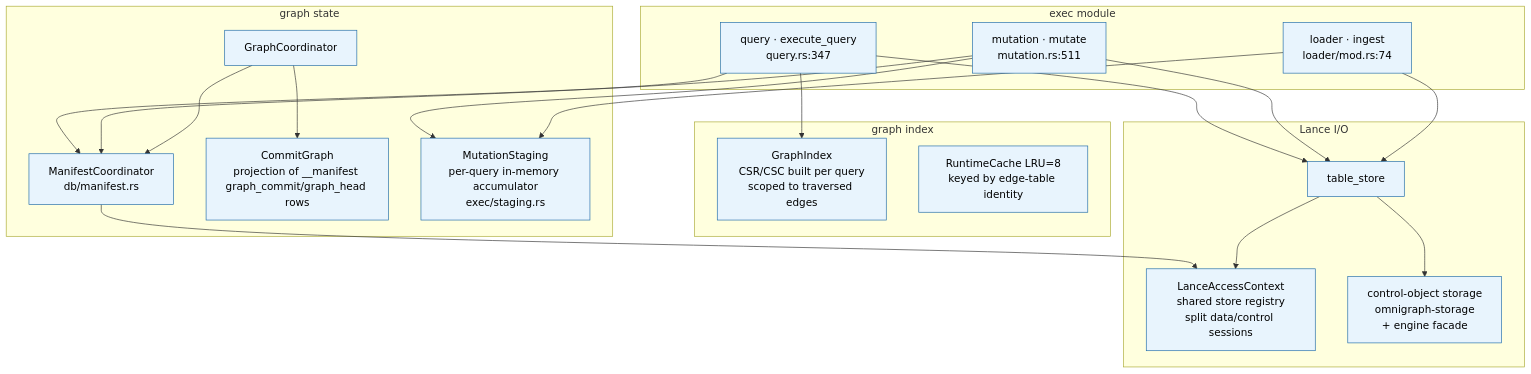
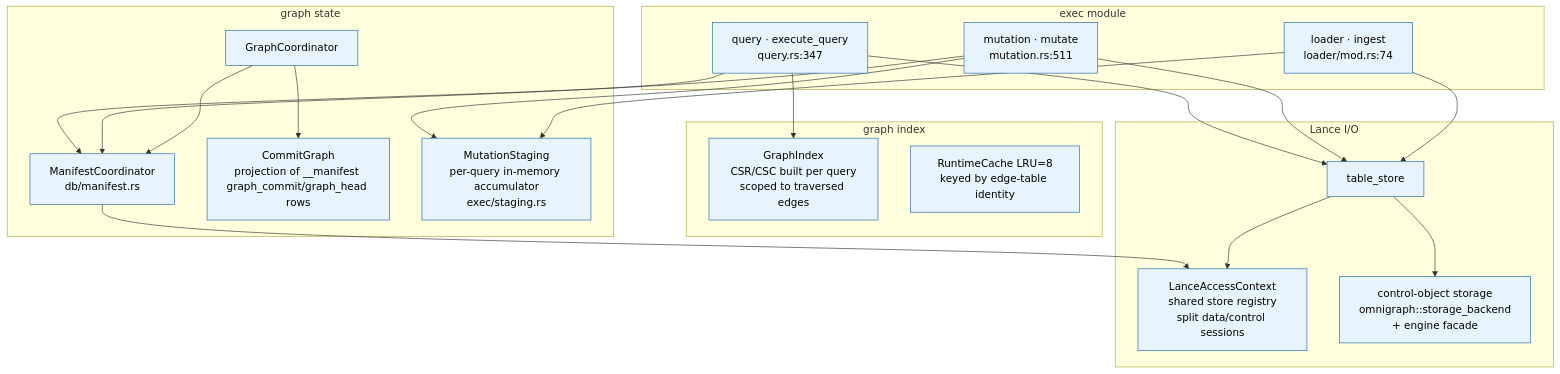
One commit to ModernRelay/omnigraph changed the fourth of 7 diagrams in docs/dev/architecture.md. Above: the diagram before and after it, drawn with Mermaid. The commit also changed other lines of this file and 26 other files, not shown here.

First line of the commit message:
refactor: rename the engine package to omnigraph-db; publish only that crate

````diff
--- a/docs/dev/architecture.md
+++ b/docs/dev/architecture.md
@@ -126,42 +126,42 @@
 ```mermaid
 flowchart TB
     classDef l2 fill:#e8f4fd,stroke:#1e6aa8,color:#000
 
     subgraph exec[exec module]
         eq[query · execute_query<br/>query.rs:347]:::l2
         em[mutation · mutate<br/>mutation.rs:511]:::l2
         ld[loader · ingest<br/>loader/mod.rs:74]:::l2
     end
 
     subgraph state[graph state]
         coord[GraphCoordinator]:::l2
         mr[ManifestCoordinator<br/>db/manifest.rs]:::l2
         cg[CommitGraph<br/>projection of __manifest graph_commit/graph_head rows]:::l2
         stg[MutationStaging<br/>per-query in-memory accumulator<br/>exec/staging.rs]:::l2
     end
 
     subgraph idx[graph index]
         gi[GraphIndex<br/>CSR/CSC built per query<br/>scoped to traversed edges]:::l2
         rc[RuntimeCache LRU=8<br/>keyed by edge-table identity]:::l2
     end
 
     subgraph io[Lance I/O]
         la[LanceAccessContext<br/>shared store registry<br/>split data/control sessions]:::l2
         ts[table_store]:::l2
-        st[control-object storage<br/>omnigraph-storage<br/>+ engine facade]:::l2
+        st[control-object storage<br/>omnigraph::storage_backend<br/>+ engine facade]:::l2
     end
 
     eq --> gi
     eq --> ts
     em --> stg
     em --> ts
     ld --> stg
     ld --> ts
     eq --> mr
     em --> mr
     coord --> mr
     coord --> cg
     mr --> la
     ts --> la
     ts --> st
 ```
````
